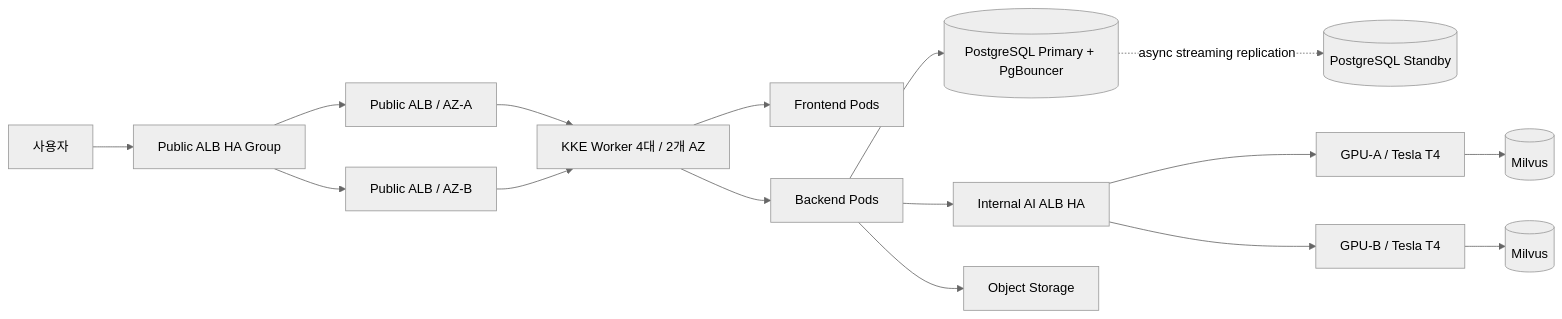
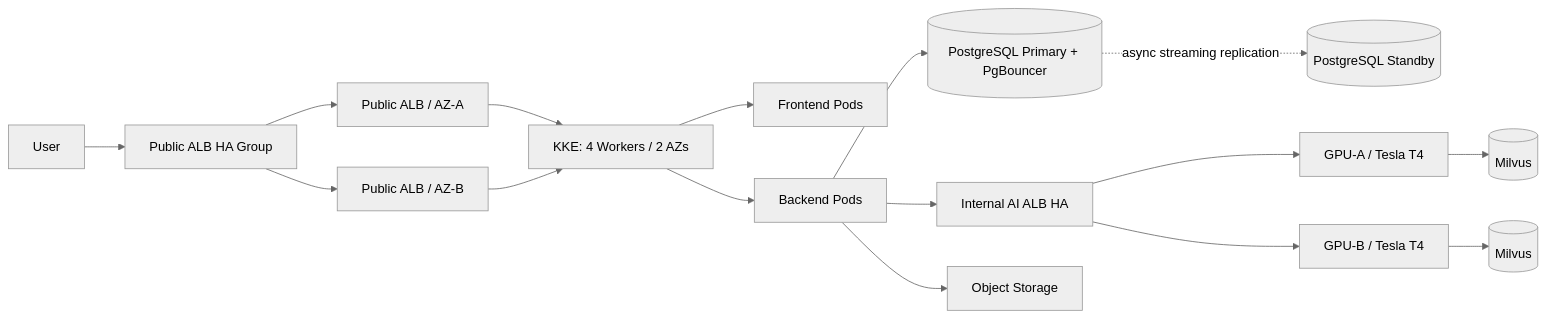
One commit to dnddlek8275/Musubi-Movie-Recommended-Site changed the diagram in README.md. Above: the diagram before and after it, drawn with Mermaid (neutral theme). The commit also changed other lines of this file, not shown here.

````diff
--- a/README.md
+++ b/README.md
@@ -26,18 +23,18 @@
 ```mermaid
 flowchart LR
-    U[사용자] --> PH[Public ALB HA Group]
+    U[User] --> PH[Public ALB HA Group]
     PH --> PA[Public ALB / AZ-A]
     PH --> PB[Public ALB / AZ-B]
-    PA --> K[KKE Worker 4대 / 2개 AZ]
+    PA --> K[KKE: 4 Workers / 2 AZs]
     PB --> K
     K --> F[Frontend Pods]
     K --> B[Backend Pods]
     B --> DBP[(PostgreSQL Primary + PgBouncer)]
     DBP -. async streaming replication .-> DBS[(PostgreSQL Standby)]
     B --> AH[Internal AI ALB HA]
     AH --> GA[GPU-A / Tesla T4]
     AH --> GB[GPU-B / Tesla T4]
     GA --> MA[(Milvus)]
     GB --> MB[(Milvus)]
     B --> O[Object Storage]
 ```
````
